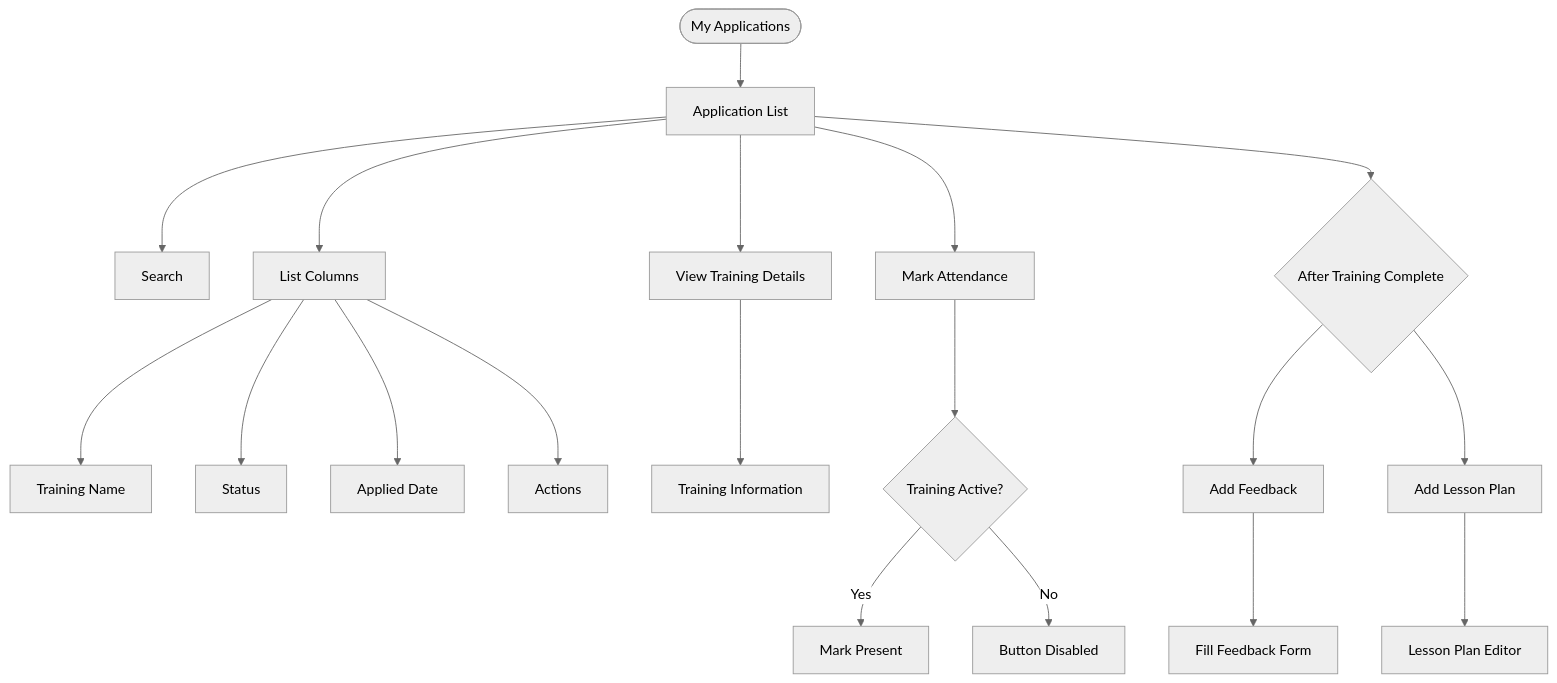
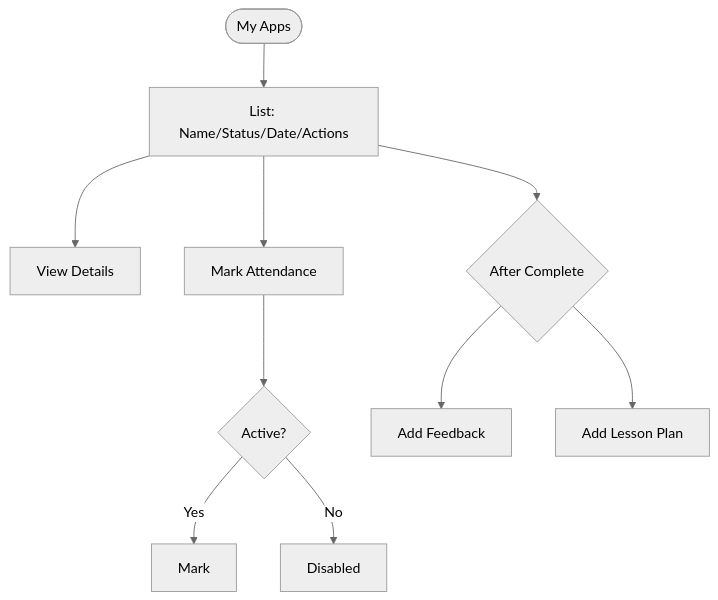
One commit to gunjangupta-gh/placeintern changed diagram 18 of 49 in TRAINING_CALENDAR_FLOW_DIAGRAMS.md. Above: the diagram before and after it, drawn with Mermaid (neutral theme). The commit also changed other lines of this file and 6 other files, not shown here.

````diff
--- a/TRAINING_CALENDAR_FLOW_DIAGRAMS.md
+++ b/TRAINING_CALENDAR_FLOW_DIAGRAMS.md
@@ -670,26 +273,11 @@
 ```mermaid
 flowchart TD
-    MY_APPS([My Applications]) --> LIST[Application List]
-
-    LIST --> SEARCH[Search]
-    LIST --> COLS[List Columns]
-    COLS --> TRAINING_NAME[Training Name]
-    COLS --> STATUS[Status]
-    COLS --> APPLIED_DATE[Applied Date]
-    COLS --> ACTIONS[Actions]
-
-    LIST --> VIEW[View Training Details]
-    VIEW --> TRAINING_INFO[Training Information]
-
-    LIST --> MARK_ATTEND[Mark Attendance]
-    MARK_ATTEND --> CHECK{Training Active?}
-    CHECK --> |Yes| MARK[Mark Present]
-    CHECK --> |No| DISABLED[Button Disabled]
-
-    LIST --> AFTER_COMPLETE{After Training Complete}
-    AFTER_COMPLETE --> ADD_FEEDBACK[Add Feedback]
-    AFTER_COMPLETE --> ADD_LESSON[Add Lesson Plan]
-
-    ADD_FEEDBACK --> FEEDBACK_FORM[Fill Feedback Form]
-    ADD_LESSON --> LESSON_EDITOR[Lesson Plan Editor]
+    A([My Apps])-->B[List: Name/Status/Date/Actions]
+    B-->C[View Details]
+    B-->D[Mark Attendance]-->E{Active?}
+    E-->|Yes|F[Mark]
+    E-->|No|G[Disabled]
+    B-->H{After Complete}
+    H-->I[Add Feedback]
+    H-->J[Add Lesson Plan]
 ```
````
